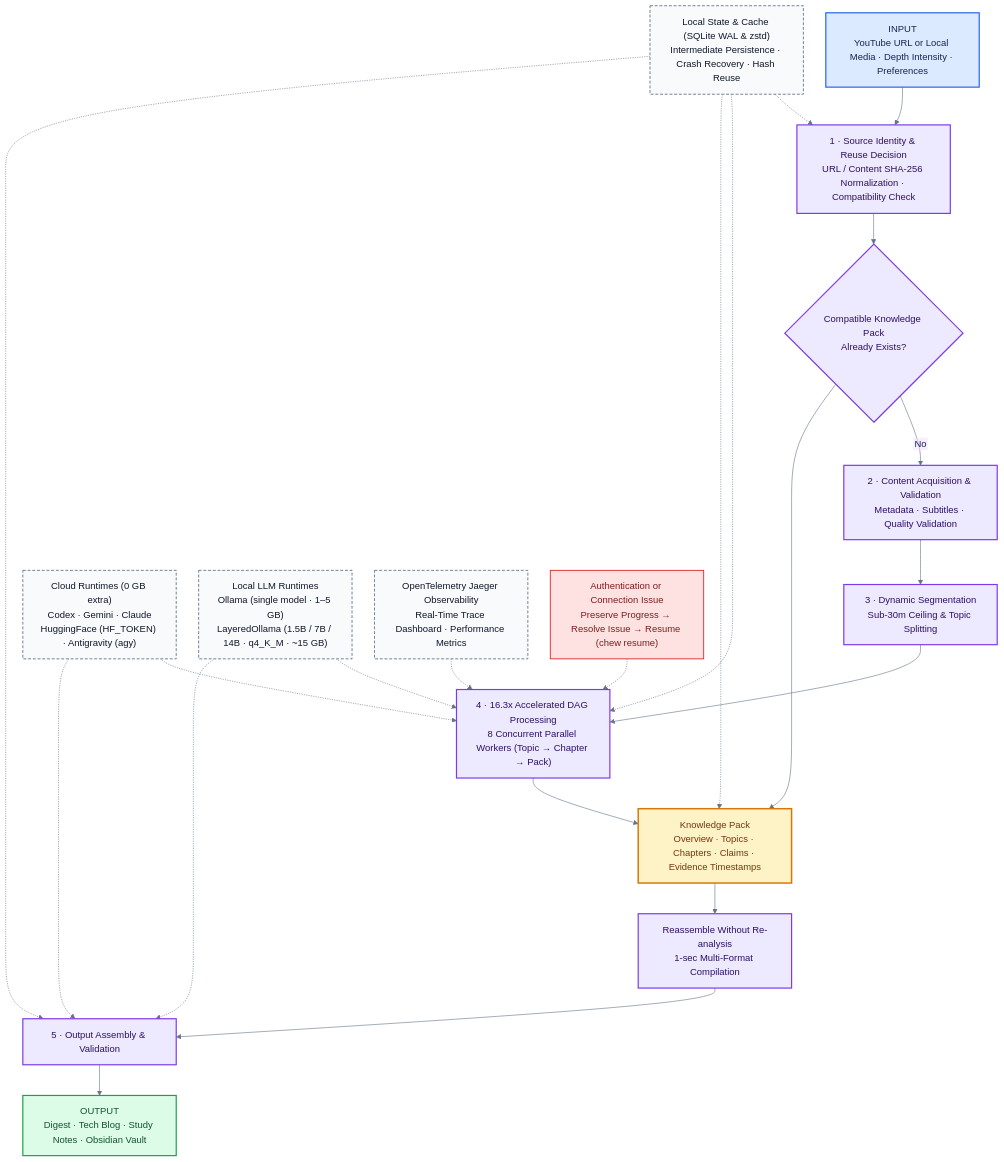
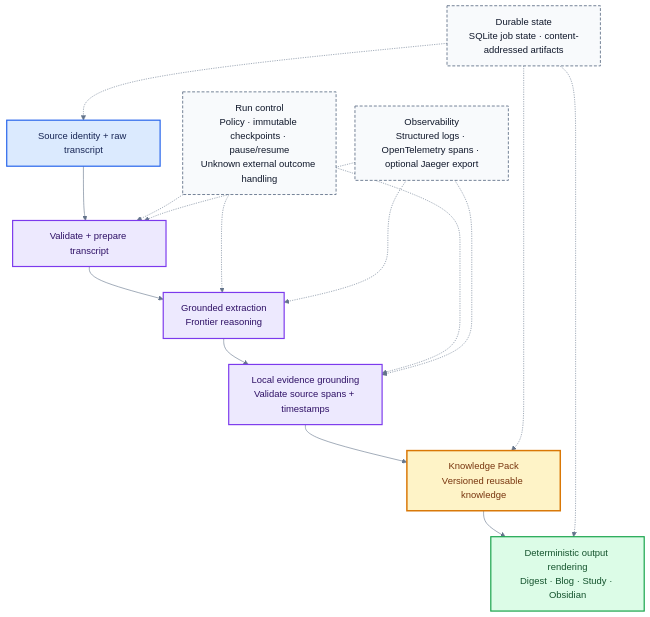
One commit to SHcommit/youtube-summerizer-kit changed the diagram in assets/architecture/en/internal-pipeline.mmd. Above: the diagram before and after it, drawn with Mermaid. The commit also changed 3 other files, not shown here.

Commit message:
docs: simplify internal pipeline diagrams

```diff
--- a/assets/architecture/en/internal-pipeline.mmd
+++ b/assets/architecture/en/internal-pipeline.mmd
@@ -1,43 +1,35 @@
-%%{init: {"theme":"base","themeVariables":{"fontFamily":"Arial, sans-serif","primaryTextColor":"#172554","lineColor":"#64748b","clusterBkg":"#ffffff","clusterBorder":"#cbd5e1"},"flowchart":{"curve":"basis","nodeSpacing":38,"rankSpacing":52,"htmlLabels":false}}}%%
+%%{init: {"theme":"base","themeVariables":{"fontFamily":"Arial, sans-serif","primaryTextColor":"#172554","lineColor":"#64748b","clusterBkg":"#ffffff","clusterBorder":"#cbd5e1"},"flowchart":{"curve":"basis","nodeSpacing":32,"rankSpacing":44}}}%%
 flowchart TB
-    INPUT["INPUT<br/>YouTube URL or Local Media · Depth Intensity · Preferences"]
-    IDENTITY["1 · Source Identity & Reuse Decision<br/>URL / Content SHA-256 Normalization · Compatibility Check"]
-    INPUT --> IDENTITY
-    IDENTITY --> CACHE{"Compatible Knowledge Pack<br/>Already Exists?"}
+    SOURCE["Source identity + raw transcript"]
+    VALIDATE["Validate + prepare transcript"]
+    EXTRACT["Grounded extraction<br/>Frontier reasoning"]
+    GROUND["Local evidence grounding<br/>Validate source spans + timestamps"]
+    PACK["Knowledge Pack<br/>Versioned reusable knowledge"]
+    RENDER["Deterministic output rendering<br/>Digest · Blog · Study · Obsidian"]
 
-    CACHE -->|No| ACQUIRE["2 · Content Acquisition & Validation<br/>Metadata · Subtitles · Quality Validation"]
-    ACQUIRE --> SEGMENT["3 · Dynamic Segmentation<br/>Sub-30m Ceiling & Topic Splitting"]
-    SEGMENT --> SYNTHESIS["4 · 16.3x Accelerated DAG Processing<br/>8 Concurrent Parallel Workers (Topic → Chapter → Pack)"]
-    SYNTHESIS --> PACK["Knowledge Pack<br/>Overview · Topics · Chapters · Claims · Evidence Timestamps"]
-    CACHE --> PACK
+    SOURCE --> VALIDATE --> EXTRACT --> GROUND --> PACK --> RENDER
 
-    PACK --> REUSE["Reassemble Without Re-analysis<br/>1-sec Multi-Format Compilation"]
-    REUSE --> ASSEMBLY["5 · Output Assembly & Validation"]
-    ASSEMBLY --> OUTPUT["OUTPUT<br/>Digest · Tech Blog · Study Notes · Obsidian Vault"]
+    CONTROL["Run control<br/>Policy · immutable checkpoints · pause/resume<br/>Unknown external outcome handling"]
+    STATE["Durable state<br/>SQLite job state · content-addressed artifacts"]
+    OBSERVE["Observability<br/>Structured logs · OpenTelemetry spans · optional Jaeger export"]
 
-    CLOUD["Cloud Runtimes (0 GB extra)<br/>Codex · Gemini · Claude<br/>HuggingFace (HF_TOKEN) · Antigravity (agy)"] -.-> SYNTHESIS
-    CLOUD -.-> ASSEMBLY
-    LOCAL_LLM["Local LLM Runtimes<br/>Ollama (single model · 1–5 GB)<br/>LayeredOllama (1.5B / 7B / 14B · q4_K_M · ~15 GB)"] -.-> SYNTHESIS
-    LOCAL_LLM -.-> ASSEMBLY
+    CONTROL -.-> VALIDATE
+    CONTROL -.-> EXTRACT
+    CONTROL -.-> GROUND
+    STATE -.-> SOURCE
+    STATE -.-> PACK
+    STATE -.-> RENDER
+    OBSERVE -.-> VALIDATE
+    OBSERVE -.-> EXTRACT
+    OBSERVE -.-> GROUND
 
-    LOCAL["Local State & Cache (SQLite WAL & zstd)<br/>Intermediate Persistence · Crash Recovery · Hash Reuse"] -.-> IDENTITY
-    LOCAL -.-> SYNTHESIS
-    LOCAL -.-> PACK
-    LOCAL -.-> ASSEMBLY
-
-    TELEMETRY["OpenTelemetry Jaeger Observability<br/>Real-Time Trace Dashboard · Performance Metrics"] -.-> SYNTHESIS
-
-    RECOVERY["Authentication or Connection Issue<br/>Preserve Progress → Resolve Issue → Resume (chew resume)"] -.-> SYNTHESIS
-
-    classDef input fill:#dbeafe,stroke:#2563eb,stroke-width:2px,color:#172554;
+    classDef source fill:#dbeafe,stroke:#2563eb,stroke-width:2px,color:#172554;
     classDef process fill:#ede9fe,stroke:#7c3aed,stroke-width:2px,color:#2e1065;
     classDef knowledge fill:#fef3c7,stroke:#d97706,stroke-width:2.5px,color:#78350f;
     classDef output fill:#dcfce7,stroke:#16a34a,stroke-width:2px,color:#14532d;
     classDef support fill:#f8fafc,stroke:#64748b,stroke-width:1.5px,stroke-dasharray:5 3,color:#0f172a;
-    classDef recovery fill:#fee2e2,stroke:#dc2626,stroke-width:1.5px,color:#7f1d1d;
-    class INPUT input;
-    class IDENTITY,CACHE,ACQUIRE,SEGMENT,SYNTHESIS,REUSE,ASSEMBLY process;
+    class SOURCE source;
+    class VALIDATE,EXTRACT,GROUND process;
     class PACK knowledge;
-    class OUTPUT output;
-    class CLOUD,LOCAL_LLM,LOCAL,TELEMETRY support;
-    class RECOVERY recovery;
+    class RENDER output;
+    class CONTROL,STATE,OBSERVE support;
```
